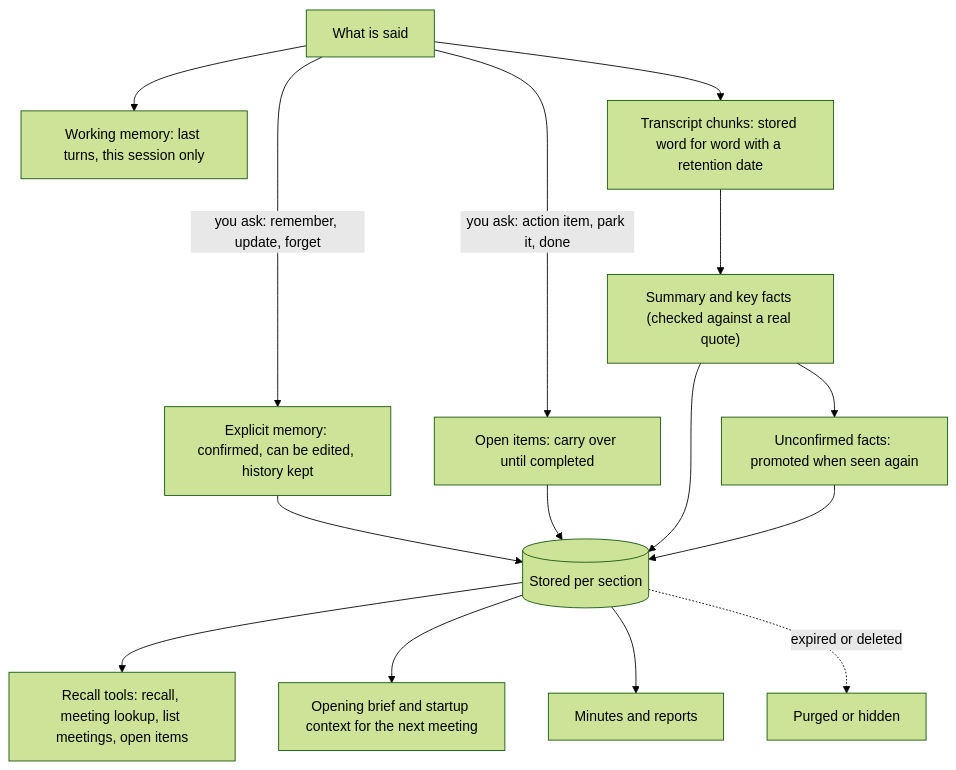
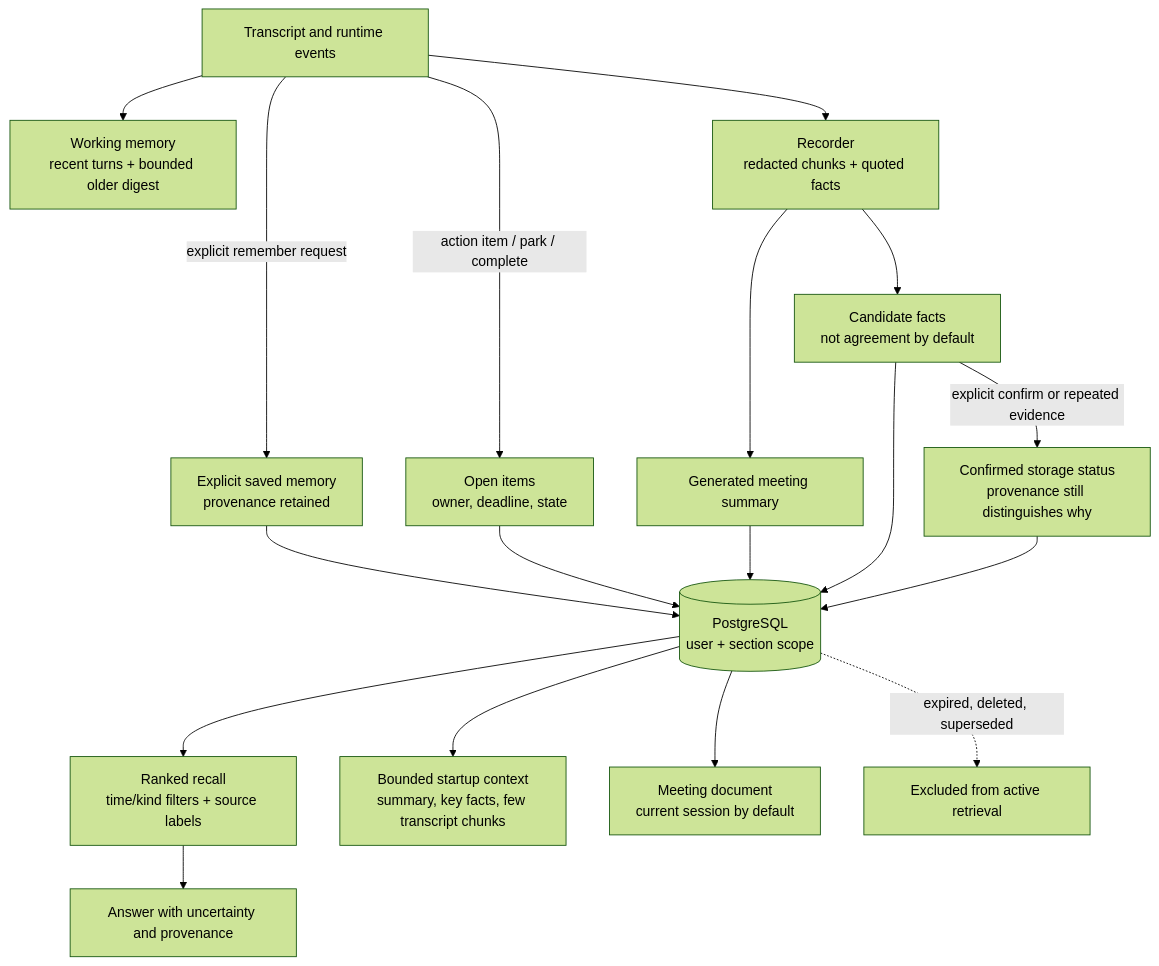
Before and after one commit to CalebPiusC/Tara: the sixth of 6 diagrams in README.md, drawn with Mermaid (forest theme). The commit also changed other lines of this file and 18 other files, not shown here.

Commit message:
working the document genenations

````diff
--- a/README.md
+++ b/README.md
@@ -215,17 +230,20 @@
 ```mermaid
 flowchart TD
-  SAY["What is said"] --> WM["Working memory: last turns, this session only"]
-  SAY --> CH["Transcript chunks: stored word for word with a retention date"]
-  SAY -->|"you ask: remember, update, forget"| EX["Explicit memory: confirmed, can be edited, history kept"]
-  SAY -->|"you ask: action item, park it, done"| OI["Open items: carry over until completed"]
-  CH --> SUM["Summary and key facts (checked against a real quote)"]
-  SUM --> CAND["Unconfirmed facts: promoted when seen again"]
-  EX --> STORE[("Stored per section")]
+  SPEECH["Transcript and runtime events"] --> LIVE["Working memory\nrecent turns + bounded older digest"]
+  SPEECH --> REC["Recorder\nredacted chunks + quoted facts"]
+  SPEECH -->|"explicit remember request"| EX["Explicit saved memory\nprovenance retained"]
+  SPEECH -->|"action item / park / complete"| OI["Open items\nowner, deadline, state"]
+  REC --> SUM["Generated meeting summary"]
+  REC --> CAND["Candidate facts\nnot agreement by default"]
+  CAND -->|"explicit confirm or repeated evidence"| CONF["Confirmed storage status\nprovenance still distinguishes why"]
+  EX --> STORE[("PostgreSQL\nuser + section scope")]
   OI --> STORE
   SUM --> STORE
   CAND --> STORE
-  STORE --> RECALL["Recall tools: recall, meeting lookup, list meetings, open items"]
-  STORE --> BRIEF["Opening brief and startup context for the next meeting"]
-  STORE --> DOCS["Minutes and reports"]
-  STORE -.->|"expired or deleted"| GONE["Purged or hidden"]
+  CONF --> STORE
+  STORE --> RETRIEVE["Ranked recall\ntime/kind filters + source labels"]
+  STORE --> START["Bounded startup context\nsummary, key facts, few transcript chunks"]
+  STORE --> MEETDOC["Meeting document\ncurrent session by default"]
+  RETRIEVE --> ANSWER["Answer with uncertainty and provenance"]
+  STORE -.->|"expired, deleted, superseded"| HIDDEN["Excluded from active retrieval"]
 ```
````
